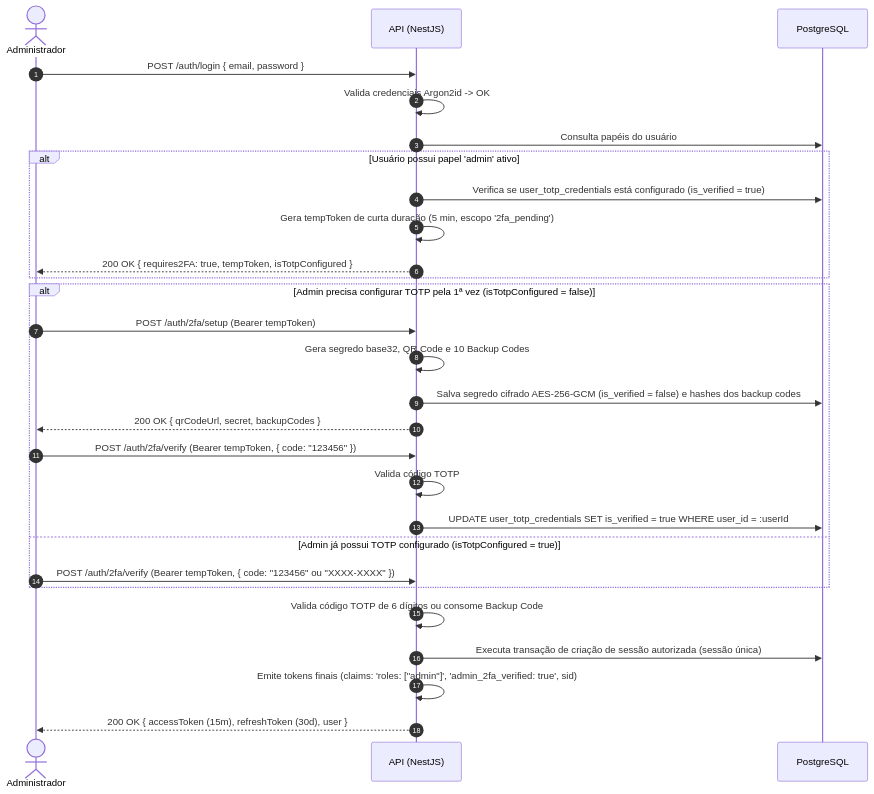
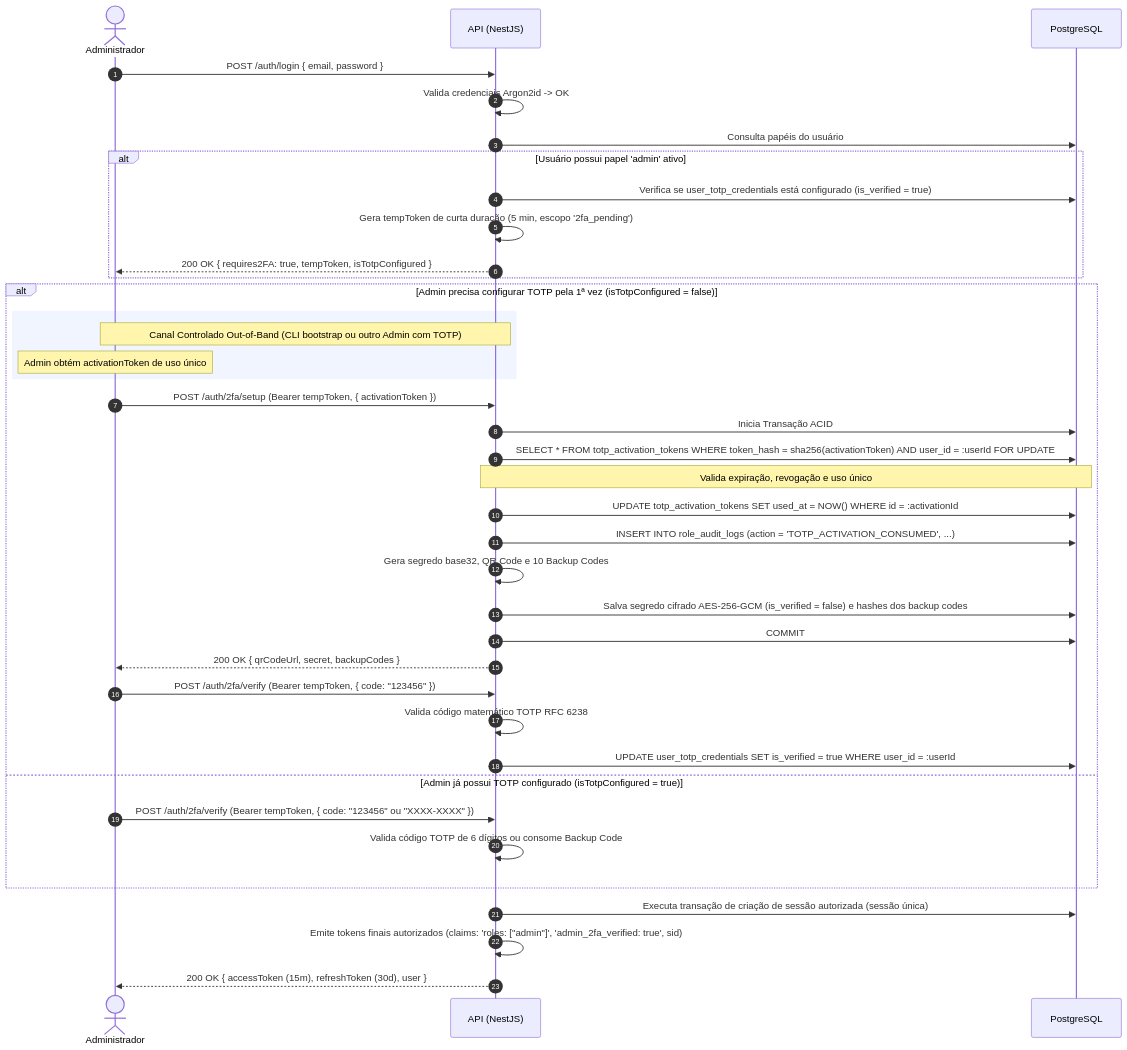
One commit to JaviDansen/ArenaGo changed the fifth of 6 diagrams in docs/task-6.1-arquitetura-backend.md. Above: the diagram before and after it, drawn with Mermaid. The commit also changed other lines of this file, not shown here.

````diff
--- a/docs/task-6.1-arquitetura-backend.md
+++ b/docs/task-6.1-arquitetura-backend.md
@@ -899,33 +1016,43 @@
 ```mermaid
 sequenceDiagram
     autonumber
     actor Admin as Administrador
     participant API as API (NestJS)
     participant DB as PostgreSQL
 
     Admin->>API: POST /auth/login { email, password }
     API->>API: Valida credenciais Argon2id -> OK
     API->>DB: Consulta papéis do usuário
     alt Usuário possui papel 'admin' ativo
         API->>DB: Verifica se user_totp_credentials está configurado (is_verified = true)
         API->>API: Gera tempToken de curta duração (5 min, escopo '2fa_pending')
         API-->>Admin: 200 OK { requires2FA: true, tempToken, isTotpConfigured }
     end
 
     alt Admin precisa configurar TOTP pela 1ª vez (isTotpConfigured = false)
-        Admin->>API: POST /auth/2fa/setup (Bearer tempToken)
+        rect rgb(240, 245, 255)
+        Note over Admin,API: Canal Controlado Out-of-Band (CLI bootstrap ou outro Admin com TOTP)
+        Note over Admin: Admin obtém activationToken de uso único
+        end
+        Admin->>API: POST /auth/2fa/setup (Bearer tempToken, { activationToken })
+        API->>DB: Inicia Transação ACID
+        API->>DB: SELECT * FROM totp_activation_tokens WHERE token_hash = sha256(activationToken) AND user_id = :userId FOR UPDATE
+        Note over API,DB: Valida expiração, revogação e uso único
+        API->>DB: UPDATE totp_activation_tokens SET used_at = NOW() WHERE id = :activationId
+        API->>DB: INSERT INTO role_audit_logs (action = 'TOTP_ACTIVATION_CONSUMED', ...)
         API->>API: Gera segredo base32, QR Code e 10 Backup Codes
         API->>DB: Salva segredo cifrado AES-256-GCM (is_verified = false) e hashes dos backup codes
+        API->>DB: COMMIT
         API-->>Admin: 200 OK { qrCodeUrl, secret, backupCodes }
         Admin->>API: POST /auth/2fa/verify (Bearer tempToken, { code: "123456" })
-        API->>API: Valida código TOTP
+        API->>API: Valida código matemático TOTP RFC 6238
         API->>DB: UPDATE user_totp_credentials SET is_verified = true WHERE user_id = :userId
     else Admin já possui TOTP configurado (isTotpConfigured = true)
         Admin->>API: POST /auth/2fa/verify (Bearer tempToken, { code: "123456" ou "XXXX-XXXX" })
+        API->>API: Valida código TOTP de 6 dígitos ou consome Backup Code
     end
 
-    API->>API: Valida código TOTP de 6 dígitos ou consome Backup Code
     API->>DB: Executa transação de criação de sessão autorizada (sessão única)
-    API->>API: Emite tokens finais (claims: 'roles: ["admin"]', 'admin_2fa_verified: true', sid)
+    API->>API: Emite tokens finais autorizados (claims: 'roles: ["admin"]', 'admin_2fa_verified: true', sid)
     API-->>Admin: 200 OK { accessToken (15m), refreshToken (30d), user }
 ```
````
